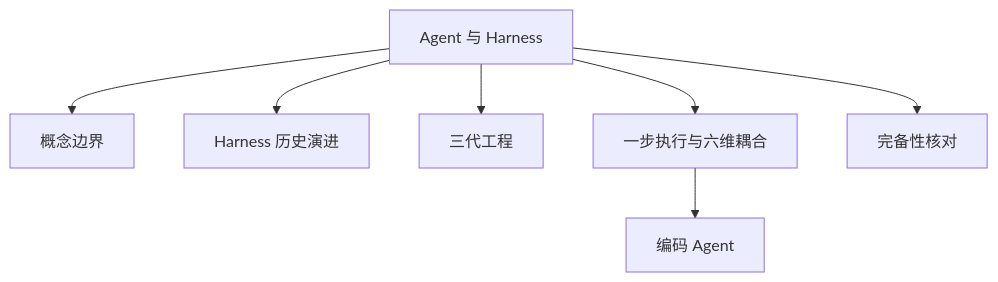
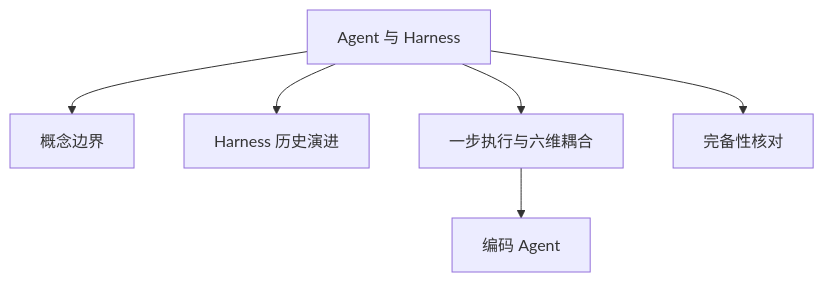
One commit to dwq370/Hands-On-Harness changed the fourth of 4 diagrams in 基础概念/Agent与Harness基本原理.md. Above: the diagram before and after it, drawn with Mermaid. The commit also changed other lines of this file and 2 other files, not shown here.

````diff
--- a/基础概念/Agent与Harness基本原理.md
+++ b/基础概念/Agent与Harness基本原理.md
@@ -311,10 +311,9 @@
 ```mermaid
 flowchart TB
   AH[Agent 与 Harness]
   AH --> BD[概念边界]
   AH --> HIS[Harness 历史演进]
-  AH --> GEN[三代工程]
   AH --> STEP[一步执行与六维耦合]
   AH --> SCORE[完备性核对]
   STEP --> CODE[编码 Agent]
 ```
````
